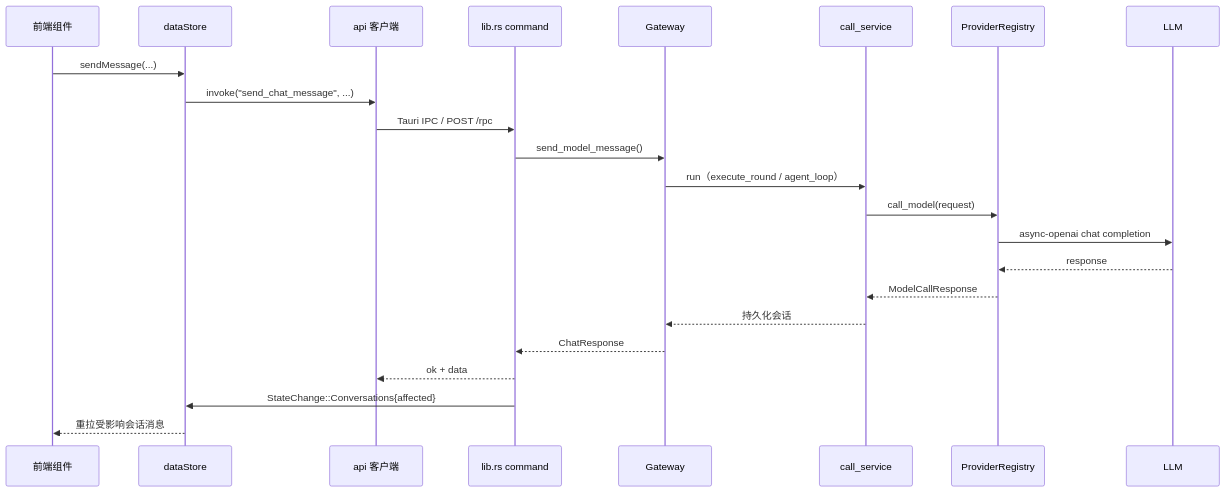
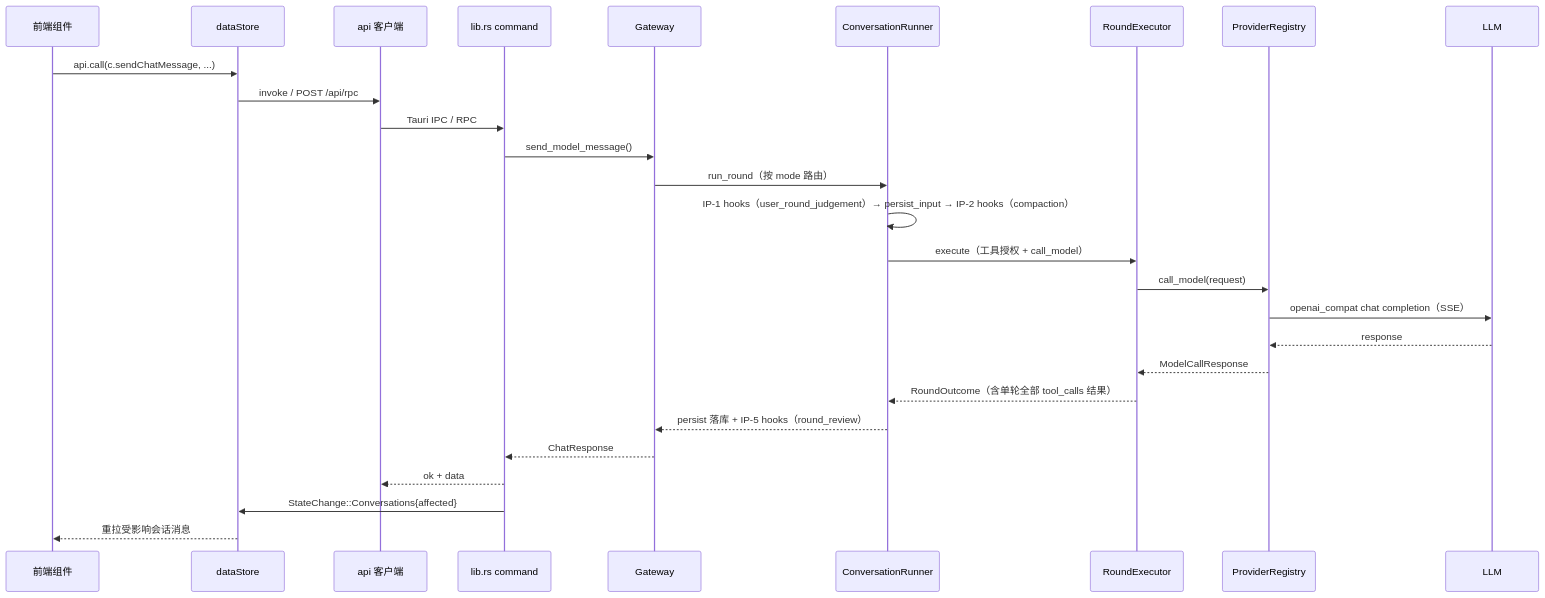
The third of 5 diagrams in docs/pulsar/architecture.md (luoanb/new-start), drawn with Mermaid before and after one commit. The commit also changed other lines of this file and 5 other files, not shown here.

````diff
--- a/docs/pulsar/architecture.md
+++ b/docs/pulsar/architecture.md
@@ -225,26 +357,30 @@
 ```mermaid
 sequenceDiagram
   participant UI as 前端组件
   participant DS as dataStore
   participant A as api 客户端
   participant C as lib.rs command
   participant G as Gateway
-  participant CS as call_service
+  participant R as ConversationRunner
+  participant E as RoundExecutor
   participant P as ProviderRegistry
   participant LLM as LLM
 
-  UI->>DS: sendMessage(...)
-  DS->>A: invoke("send_chat_message", ...)
-  A->>C: Tauri IPC / POST /rpc
+  UI->>DS: api.call(c.sendChatMessage, ...)
+  DS->>A: invoke / POST /api/rpc
+  A->>C: Tauri IPC / RPC
   C->>G: send_model_message()
-  G->>CS: run（execute_round / agent_loop）
-  CS->>P: call_model(request)
-  P->>LLM: async-openai chat completion
+  G->>R: run_round（按 mode 路由）
+  R->>R: IP-1 hooks（user_round_judgement）→ persist_input → IP-2 hooks（compaction）
+  R->>E: execute（工具授权 + call_model）
+  E->>P: call_model(request)
+  P->>LLM: openai_compat chat completion（SSE）
   LLM-->>P: response
-  P-->>CS: ModelCallResponse
-  CS-->>G: 持久化会话
+  P-->>E: ModelCallResponse
+  E-->>R: RoundOutcome（含单轮全部 tool_calls 结果）
+  R-->>G: persist 落库 + IP-5 hooks（round_review）
   G-->>C: ChatResponse
   C-->>A: ok + data
   C->>DS: StateChange::Conversations{affected}
   DS-->>UI: 重拉受影响会话消息
 ```
````
